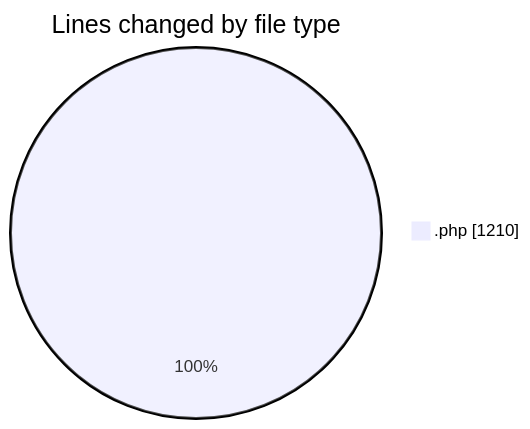
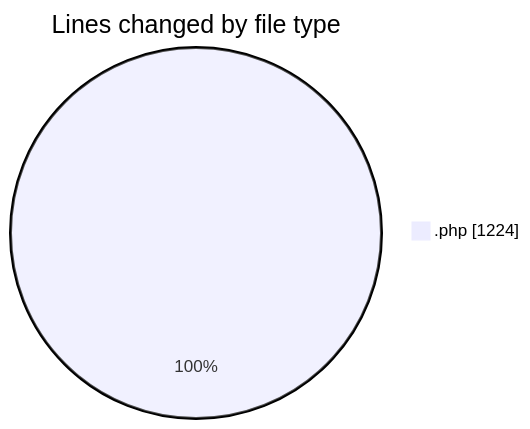
Before and after one commit to debugP/code-tracking: the first of 2 diagrams in 2025-10-07/untitled__workspace_/README.md, drawn with Mermaid. The commit also changed other lines of this file and 1 other file, not shown here.

````diff
--- a/2025-10-07/untitled__workspace_/README.md
+++ b/2025-10-07/untitled__workspace_/README.md
@@ -20,5 +20,5 @@
 ```mermaid
 pie showData
 title Lines changed by file type
-".php" : 1210
+".php" : 1224
 ```
````
